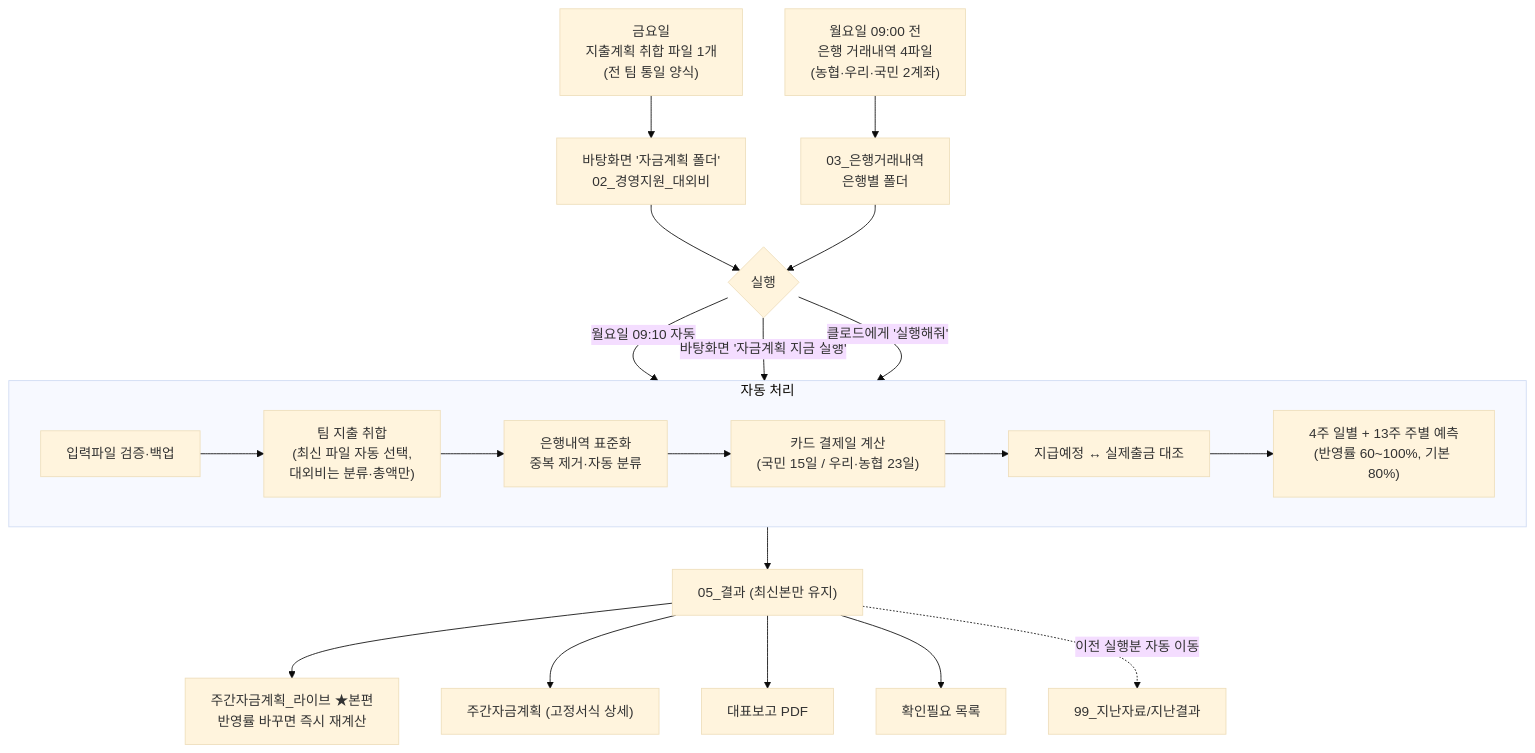
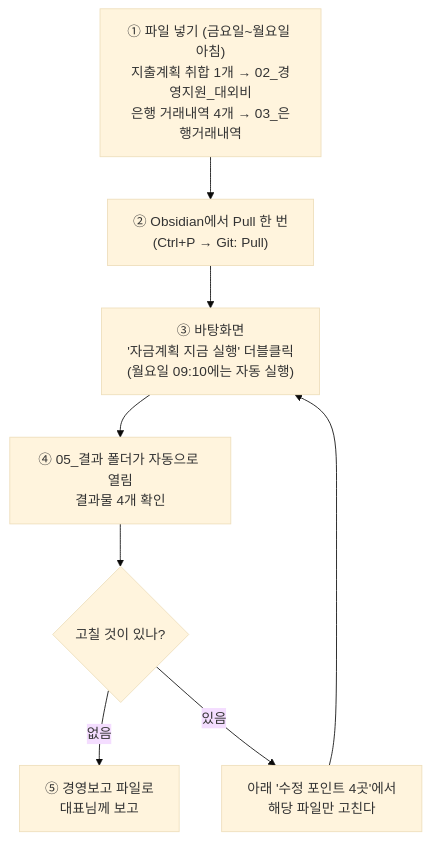
One commit to goldgarden9620419-maker/mynotes changed the diagram in 01-Projects/에이팜건강-주간자금계획-자동화/자금계획_자동화_순서도와_사용방법.md. Above: the diagram before and after it, drawn with Mermaid (base theme). The commit also changed other lines of this file and 2 other files, not shown here.

````diff
--- a/01-Projects/에이팜건강-주간자금계획-자동화/자금계획_자동화_순서도와_사용방법.md
+++ b/01-Projects/에이팜건강-주간자금계획-자동화/자금계획_자동화_순서도와_사용방법.md
@@ -7,26 +8,10 @@
 ```mermaid
 flowchart TD
-    A["금요일<br>지출계획 취합 파일 1개<br>(전 팀 통일 양식)"] --> C["바탕화면 '자금계획 폴더'<br>02_경영지원_대외비"]
-    B["월요일 09:00 전<br>은행 거래내역 4파일<br>(농협·우리·국민 2계좌)"] --> D["03_은행거래내역<br>은행별 폴더"]
-
-    C --> E{"실행"}
-    D --> E
-    E -->|"월요일 09:10 자동"| F
-    E -->|"바탕화면 '자금계획 지금 실행'"| F
-    E -->|"클로드에게 '실행해줘'"| F
-
-    subgraph F["자동 처리"]
-        F1["입력파일 검증·백업"] --> F2["팀 지출 취합<br>(최신 파일 자동 선택,<br>대외비는 분류·총액만)"]
-        F2 --> F3["은행내역 표준화<br>중복 제거·자동 분류"]
-        F3 --> F4["카드 결제일 계산<br>(국민 15일 / 우리·농협 23일)"]
-        F4 --> F5["지급예정 ↔ 실제출금 대조"]
-        F5 --> F6["4주 일별 + 13주 주별 예측<br>(반영률 60~100%, 기본 80%)"]
-    end
-
-    F --> G["05_결과 (최신본만 유지)"]
-    G --> G1["주간자금계획_라이브 ★본편<br>반영률 바꾸면 즉시 재계산"]
-    G --> G2["주간자금계획 (고정서식 상세)"]
-    G --> G3["대표보고 PDF"]
-    G --> G4["확인필요 목록"]
-    G -.->|"이전 실행분 자동 이동"| H["99_지난자료/지난결과"]
+    A["① 파일 넣기 (금요일~월요일 아침)<br>지출계획 취합 1개 → 02_경영지원_대외비<br>은행 거래내역 4개 → 03_은행거래내역"] --> B["② Obsidian에서 Pull 한 번<br>(Ctrl+P → Git: Pull)"]
+    B --> C["③ 바탕화면<br>'자금계획 지금 실행' 더블클릭<br>(월요일 09:10에는 자동 실행)"]
+    C --> D["④ 05_결과 폴더가 자동으로 열림<br>결과물 4개 확인"]
+    D --> E{"고칠 것이 있나?"}
+    E -- 없음 --> F["⑤ 경영보고 파일로<br>대표님께 보고"]
+    E -- 있음 --> G["아래 '수정 포인트 4곳'에서<br>해당 파일만 고친다"]
+    G --> C
 ```
````
